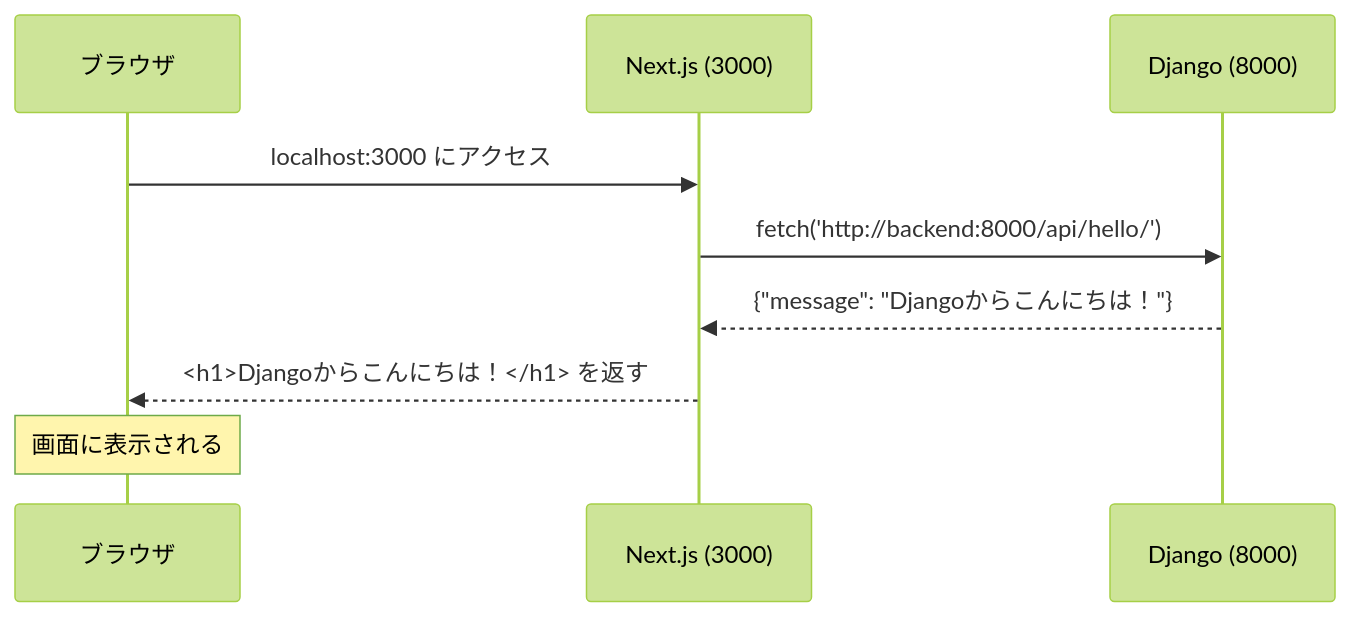
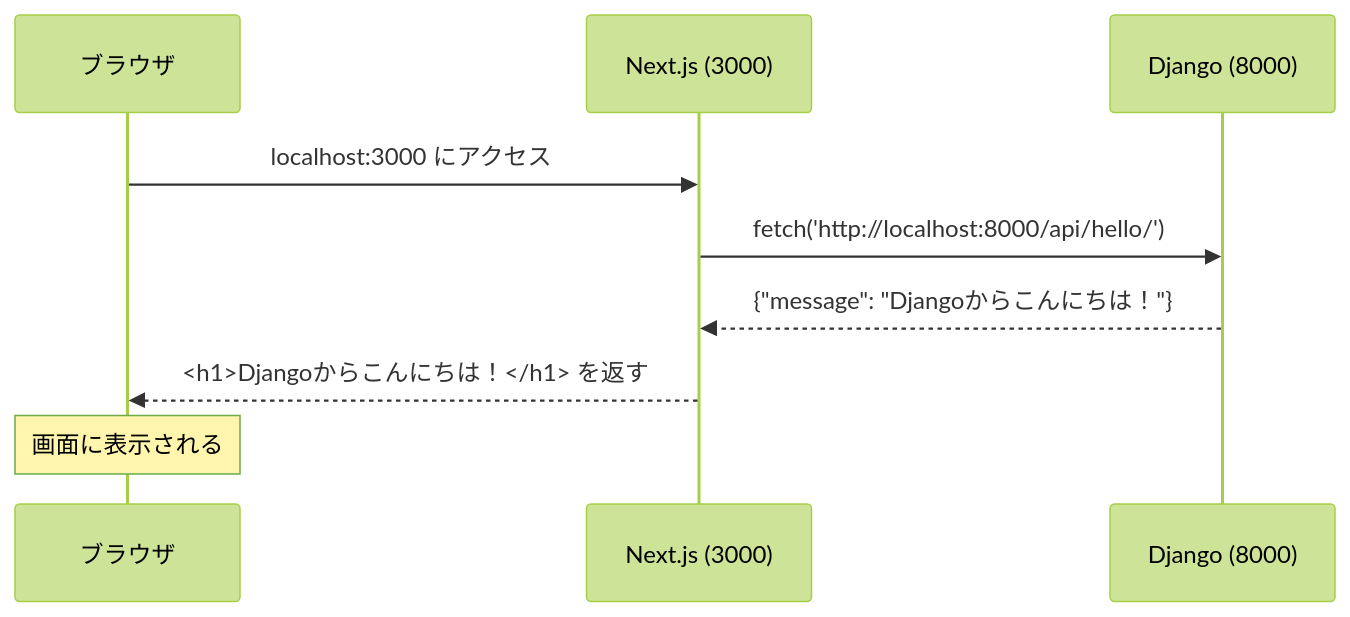
Before and after one commit to ot-nemoto/fullstack-web-development-workshop: the diagram in chapters/03_はじめての全通.md, drawn with Mermaid (forest theme). The commit also changed other lines of this file and 1 other file, not shown here.

````diff
--- a/chapters/03_はじめての全通.md
+++ b/chapters/03_はじめての全通.md
@@ -167,12 +196,12 @@
 ```mermaid
 sequenceDiagram
     participant Browser as ブラウザ
     participant Next as Next.js (3000)
     participant Django as Django (8000)
 
     Browser->>Next: localhost:3000 にアクセス
-    Next->>Django: fetch('http://backend:8000/api/hello/')
+    Next->>Django: fetch('http://localhost:8000/api/hello/')
     Django-->>Next: {"message": "Djangoからこんにちは！"}
     Next-->>Browser: <h1>Djangoからこんにちは！</h1> を返す
     Note over Browser: 画面に表示される
 ```
````
